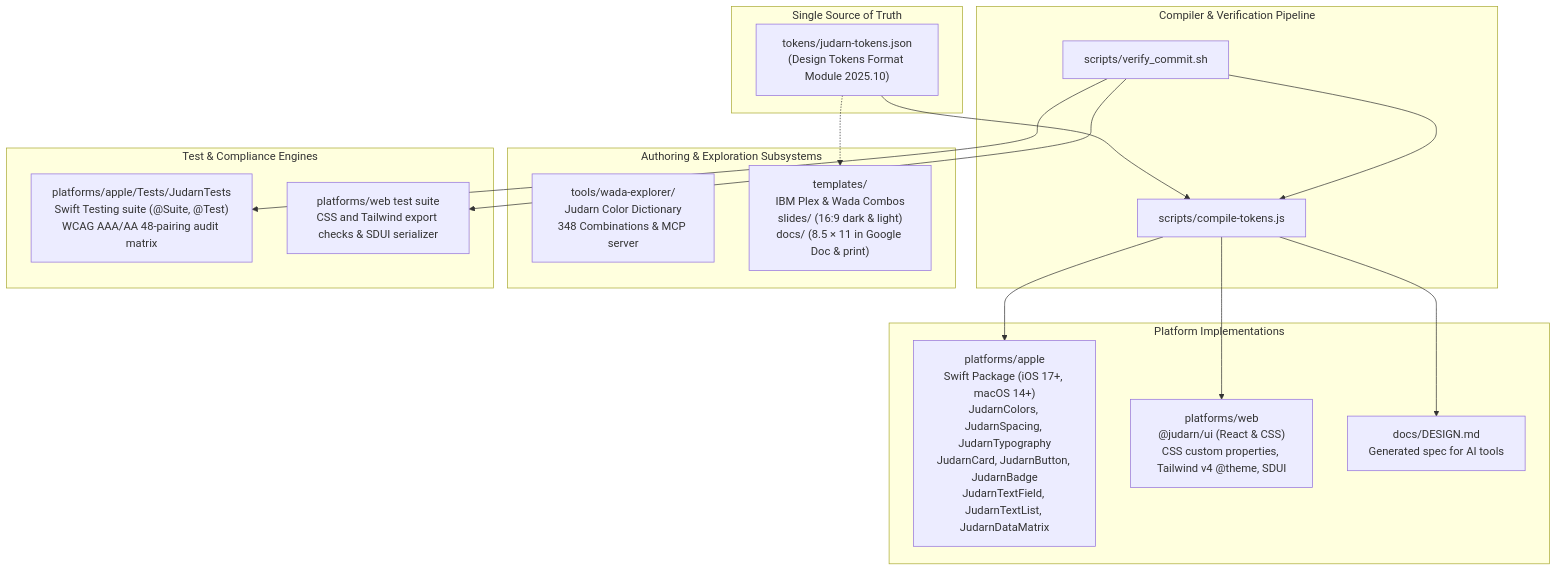
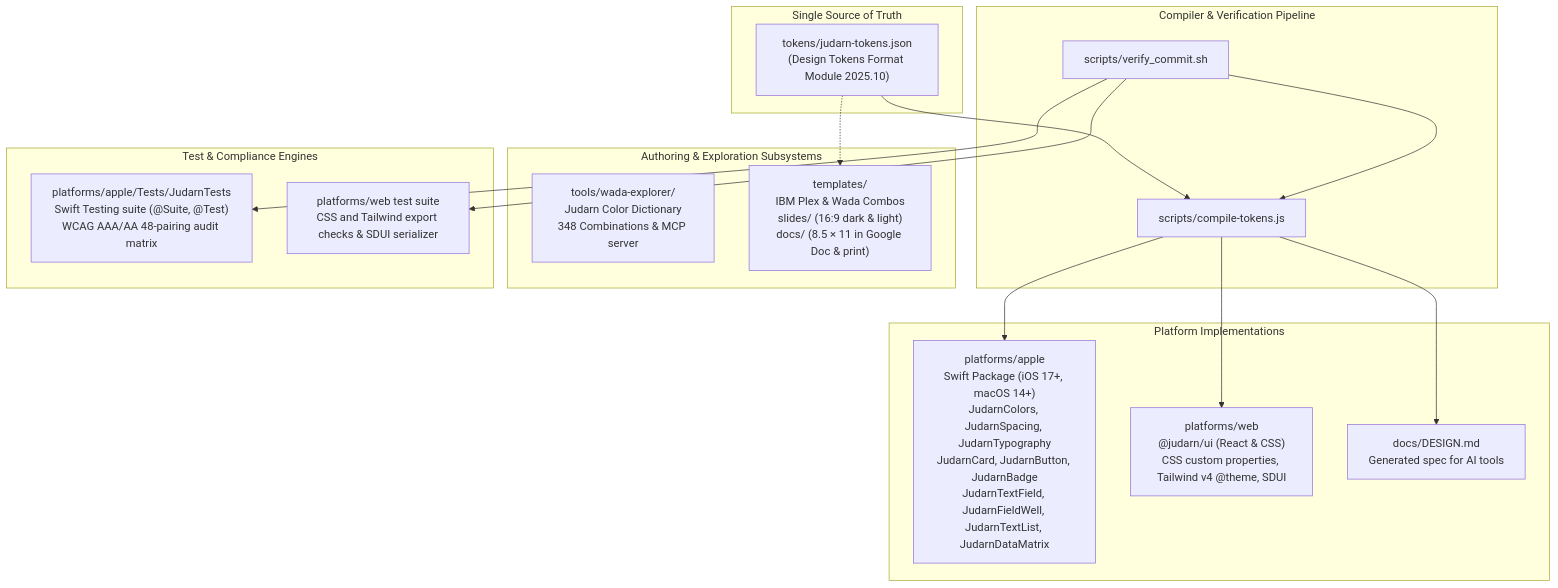
The diagram in ARCHITECTURE.md (rubenluthman/judarn), drawn with Mermaid before and after one commit. The commit also changed other lines of this file and 11 other files, not shown here.

First line of the commit message:
feat(apple): add judarnFieldWell, quieter text field, 0.8.44

````diff
--- a/ARCHITECTURE.md
+++ b/ARCHITECTURE.md
@@ -48,37 +48,37 @@
 ```mermaid
 flowchart TD
     subgraph SOT["Single Source of Truth"]
         Tokens["tokens/judarn-tokens.json<br/>(Design Tokens Format Module 2025.10)"]
     end
 
     subgraph Pipeline["Compiler & Verification Pipeline"]
         Compiler["scripts/compile-tokens.js"]
         Verifier["scripts/verify_commit.sh"]
     end
 
     subgraph Targets["Platform Implementations"]
-        Apple["platforms/apple<br/>Swift Package (iOS 17+, macOS 14+)<br/>JudarnColors, JudarnSpacing, JudarnTypography<br/>JudarnCard, JudarnButton, JudarnBadge<br/>JudarnTextField, JudarnTextList, JudarnDataMatrix"]
+        Apple["platforms/apple<br/>Swift Package (iOS 17+, macOS 14+)<br/>JudarnColors, JudarnSpacing, JudarnTypography<br/>JudarnCard, JudarnButton, JudarnBadge<br/>JudarnTextField, JudarnFieldWell, JudarnTextList, JudarnDataMatrix"]
         Web["platforms/web<br/>@judarn/ui (React & CSS)<br/>CSS custom properties, Tailwind v4 @theme, SDUI"]
         AIDoc["docs/DESIGN.md<br/>Generated spec for AI tools"]
     end
 
     subgraph Extensions["Authoring & Exploration Subsystems"]
         Wada["tools/wada-explorer/<br/>Judarn Color Dictionary<br/>348 Combinations & MCP server"]
         Templates["templates/<br/>IBM Plex & Wada Combos<br/>slides/ (16:9 dark & light)<br/>docs/ (8.5 × 11 in Google Doc & print)"]
     end
 
     subgraph Testing["Test & Compliance Engines"]
         SwiftTest["platforms/apple/Tests/JudarnTests<br/>Swift Testing suite (@Suite, @Test)<br/>WCAG AAA/AA 48-pairing audit matrix"]
         WebTest["platforms/web test suite<br/>CSS and Tailwind export checks & SDUI serializer"]
     end
 
     Tokens --> Compiler
     Compiler --> Apple
     Compiler --> Web
     Compiler --> AIDoc
     Tokens -.-> Templates
 
     Verifier --> Compiler
     Verifier --> SwiftTest
     Verifier --> WebTest
 ```
````
